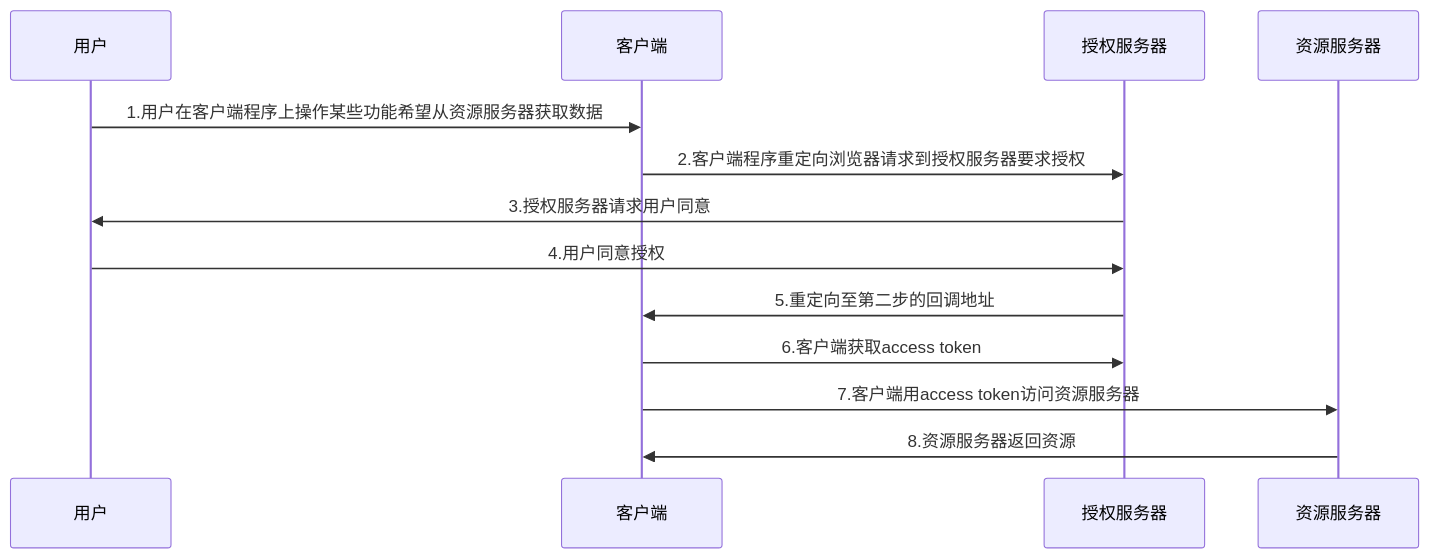
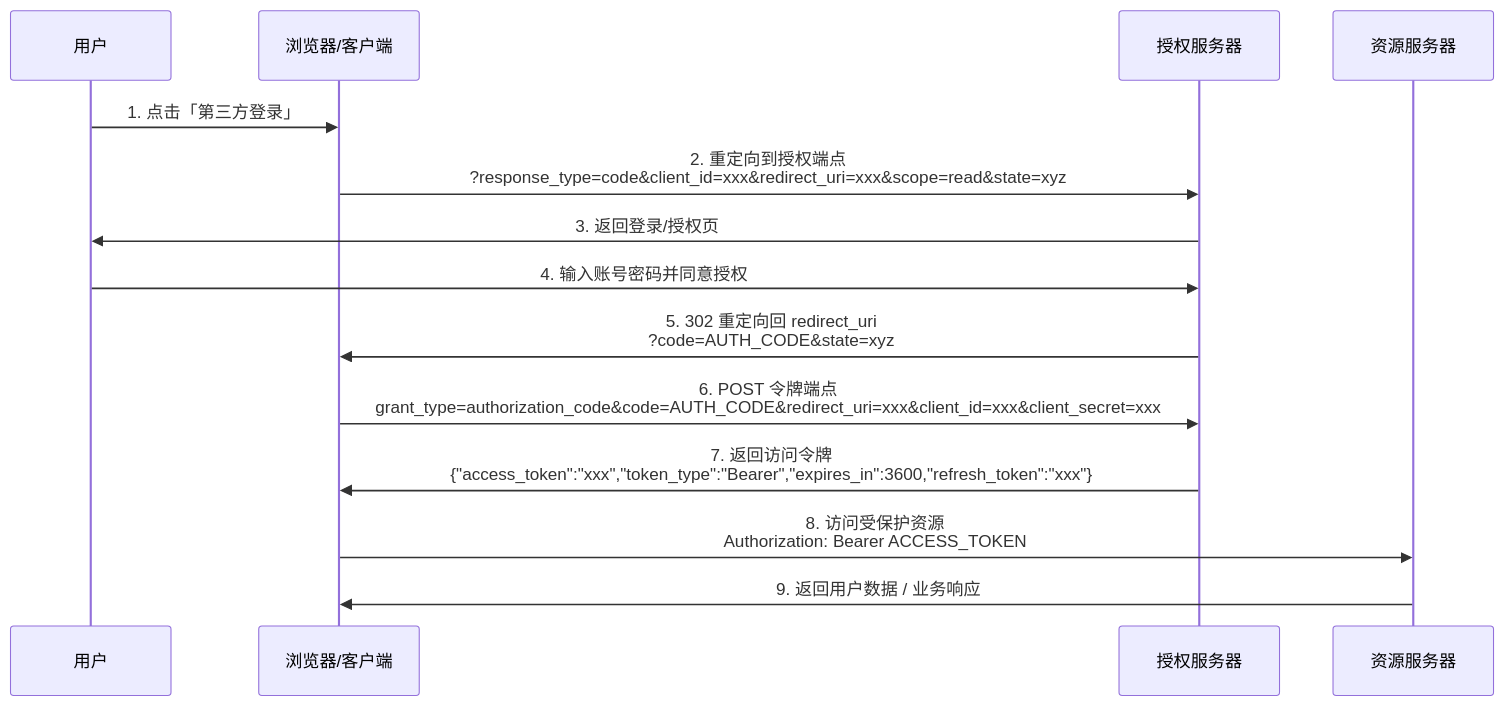
Before and after one commit to Mustard030/MyNoteBook: the diagram in Spring/SpringAlibaba/OAuth2.md, drawn with Mermaid. The commit also changed other lines of this file and 2 other files, not shown here.

Commit message:
docs(Django): 更新文档

````diff
--- a/Spring/SpringAlibaba/OAuth2.md
+++ b/Spring/SpringAlibaba/OAuth2.md
@@ -28,11 +29,17 @@
 ```mermaid
 sequenceDiagram
-	用户->>客户端:1.用户在客户端程序上操作某些功能希望从资源服务器获取数据
-	客户端->>授权服务器: 2.客户端程序重定向浏览器请求到授权服务器要求授权
-	授权服务器->>用户: 3.授权服务器请求用户同意
-	用户->>授权服务器: 4.用户同意授权
-	授权服务器->>客户端: 5.重定向至第二步的回调地址
-	客户端->>授权服务器: 6.客户端获取access token
-	客户端->>资源服务器: 7.客户端用access token访问资源服务器
-	资源服务器->>客户端: 8.资源服务器返回资源
+    participant 用户
+    participant 浏览器/客户端
+    participant 授权服务器
+    participant 资源服务器
+
+    用户->>浏览器/客户端: 1. 点击「第三方登录」
+    浏览器/客户端->>授权服务器: 2. 重定向到授权端点<br/>?response_type=code&client_id=xxx&redirect_uri=xxx&scope=read&state=xyz
+    授权服务器->>用户: 3. 返回登录/授权页
+    用户->>授权服务器: 4. 输入账号密码并同意授权
+    授权服务器->>浏览器/客户端: 5. 302 重定向回 redirect_uri<br/>?code=AUTH_CODE&state=xyz
+    浏览器/客户端->>授权服务器: 6. POST 令牌端点<br/>grant_type=authorization_code&code=AUTH_CODE&redirect_uri=xxx&client_id=xxx&client_secret=xxx
+    授权服务器->>浏览器/客户端: 7. 返回访问令牌<br/>{"access_token":"xxx","token_type":"Bearer","expires_in":3600,"refresh_token":"xxx"}
+    浏览器/客户端->>资源服务器: 8. 访问受保护资源<br/>Authorization: Bearer ACCESS_TOKEN
+    资源服务器->>浏览器/客户端: 9. 返回用户数据 / 业务响应
 ```
````
